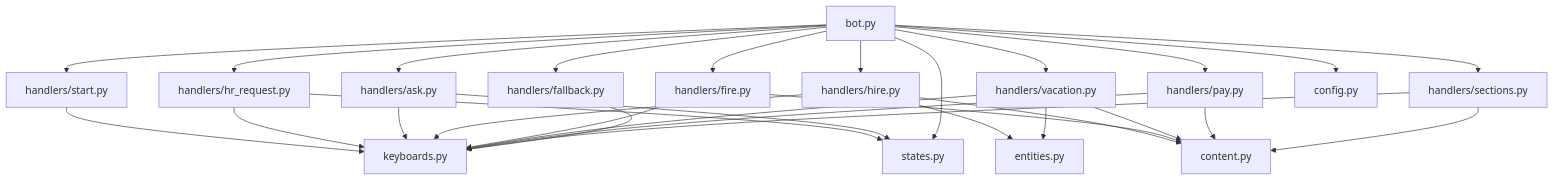
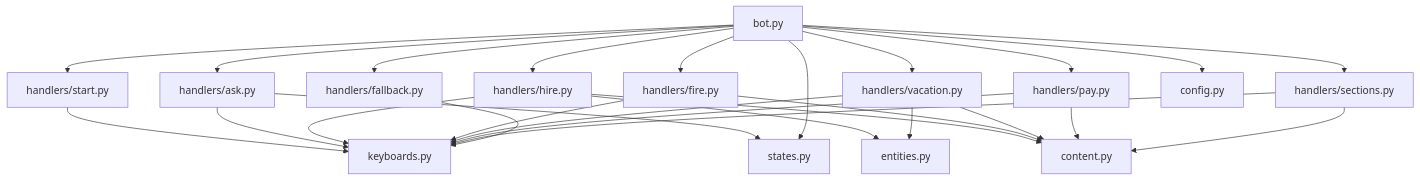
One commit to ognelis/cafetera_hr_bot changed diagram 14 of 14 in .qoder/repowiki/en/content/VK Integration/Employment Lifecycle Management.md. Above: the diagram before and after it, drawn with Mermaid. The commit also changed other lines of this file and 16 other files, not shown here.

````diff
--- a/.qoder/repowiki/en/content/VK Integration/Employment Lifecycle Management.md
+++ b/.qoder/repowiki/en/content/VK Integration/Employment Lifecycle Management.md
@@ -541,47 +473,43 @@
 ```mermaid
 graph TB
 H1["handlers/start.py"]
-H2["handlers/hr_request.py"]
-H3["handlers/ask.py"]
-H4["handlers/hire.py"]
-H5["handlers/fire.py"]
-H6["handlers/vacation.py"]
-H7["handlers/pay.py"]
-H8["handlers/sections.py"]
-H9["handlers/fallback.py"]
+H2["handlers/ask.py"]
+H3["handlers/hire.py"]
+H4["handlers/fire.py"]
+H5["handlers/vacation.py"]
+H6["handlers/pay.py"]
+H7["handlers/sections.py"]
+H8["handlers/fallback.py"]
 K["keyboards.py"]
 E["entities.py"]
 C["content.py"]
 S["states.py"]
 B["bot.py"]
 CFG["config.py"]
 H1 --> K
 H2 --> K
 H2 --> S
 H3 --> K
-H3 --> S
+H3 --> E
+H3 --> C
 H4 --> K
-H4 --> E
 H4 --> C
 H5 --> K
+H5 --> E
 H5 --> C
 H6 --> K
-H6 --> E
 H6 --> C
 H7 --> K
 H7 --> C
 H8 --> K
-H8 --> C
-H9 --> K
 B --> H1
 B --> H2
 B --> H3
 B --> H4
 B --> H5
 B --> H6
 B --> H7
 B --> H8
-B --> H9
 B --> S
 B --> CFG
 ```
````
